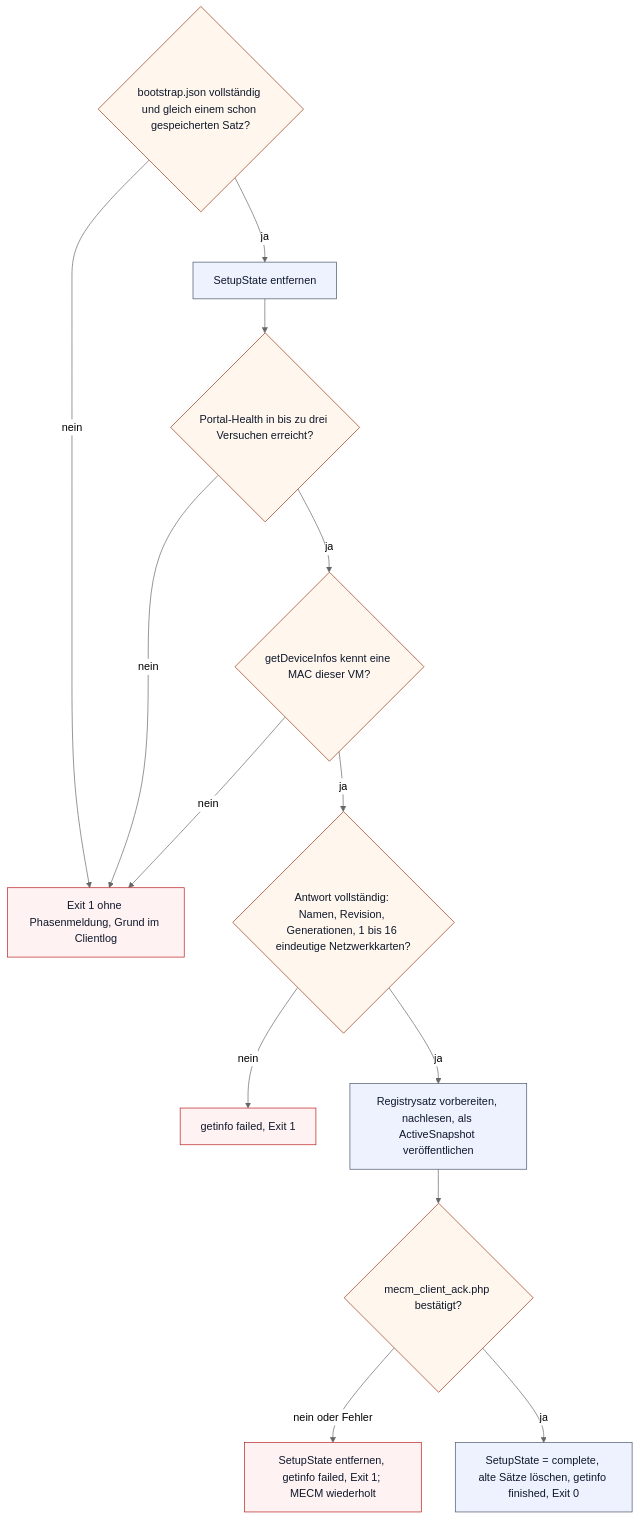
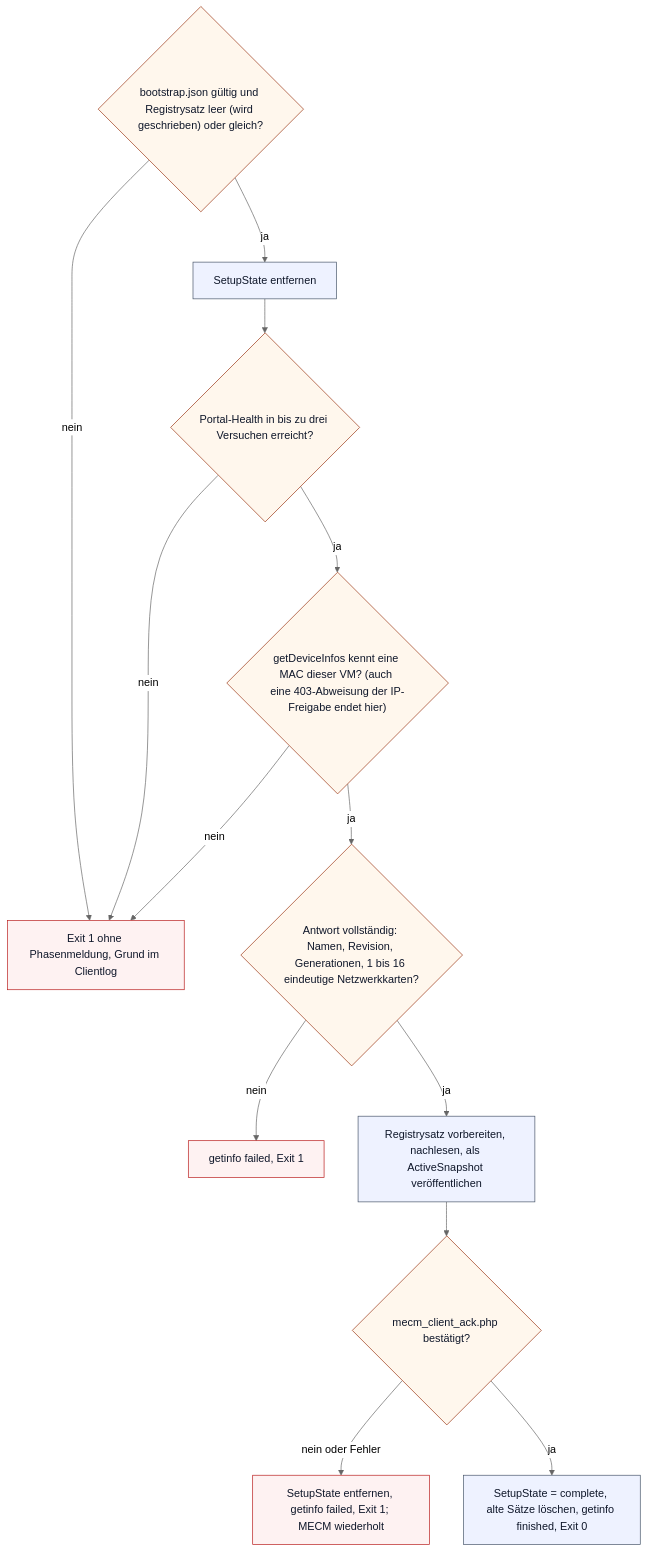
One commit to Samy94M/VirtuSphere-v2-WebApp changed the second of 7 diagrams in docs/operations/client-flows.md. Above: the diagram before and after it, drawn with Mermaid (neutral theme). The commit also changed other lines of this file and 12 other files, not shown here.

First line of the commit message:
TS1-K1: align operations docs and diagrams with the code after the text audit

````diff
--- a/docs/operations/client-flows.md
+++ b/docs/operations/client-flows.md
@@ -33,21 +33,21 @@
 ```mermaid
 flowchart TD
-    boot{"bootstrap.json vollständig und gleich einem schon gespeicherten Satz?"} -->|nein| silent["Exit 1 ohne Phasenmeldung, Grund im Clientlog"]
+    boot{"bootstrap.json gültig und Registrysatz leer (wird geschrieben) oder gleich?"} -->|nein| silent["Exit 1 ohne Phasenmeldung, Grund im Clientlog"]
     boot -->|ja| clear["SetupState entfernen"]
     clear --> api{"Portal-Health in bis zu drei Versuchen erreicht?"}
     api -->|nein| silent
-    api -->|ja| mac{"getDeviceInfos kennt eine MAC dieser VM?"}
+    api -->|ja| mac{"getDeviceInfos kennt eine MAC dieser VM? (auch eine 403-Abweisung der IP-Freigabe endet hier)"}
     mac -->|nein| silent
     mac -->|ja| check{"Antwort vollständig: Namen, Revision, Generationen, 1 bis 16 eindeutige Netzwerkkarten?"}
     check -->|nein| failed_schema["getinfo failed, Exit 1"]
     check -->|ja| publish["Registrysatz vorbereiten, nachlesen, als ActiveSnapshot veröffentlichen"]
     publish --> ack{"mecm_client_ack.php bestätigt?"}
     ack -->|nein oder Fehler| failed_ack["SetupState entfernen, getinfo failed, Exit 1; MECM wiederholt"]
     ack -->|ja| done["SetupState = complete, alte Sätze löschen, getinfo finished, Exit 0"]
     classDef step fill:#eef2ff,stroke:#475569,color:#0f172a;
     classDef decision fill:#fff7ed,stroke:#9a3412,color:#0f172a;
     classDef blocked fill:#fef2f2,stroke:#b91c1c,color:#0f172a;
     class clear,publish,done step;
     class boot,api,mac,check,ack decision;
     class silent,failed_schema,failed_ack blocked;
 ```
````
